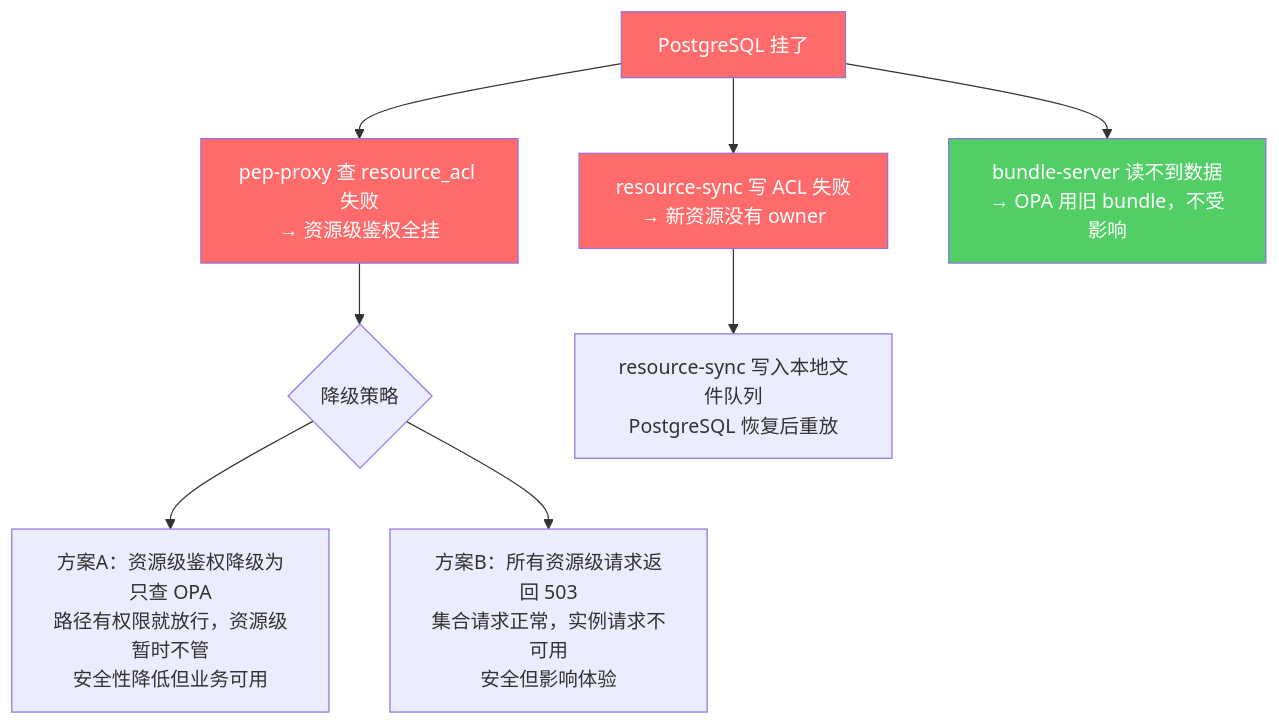
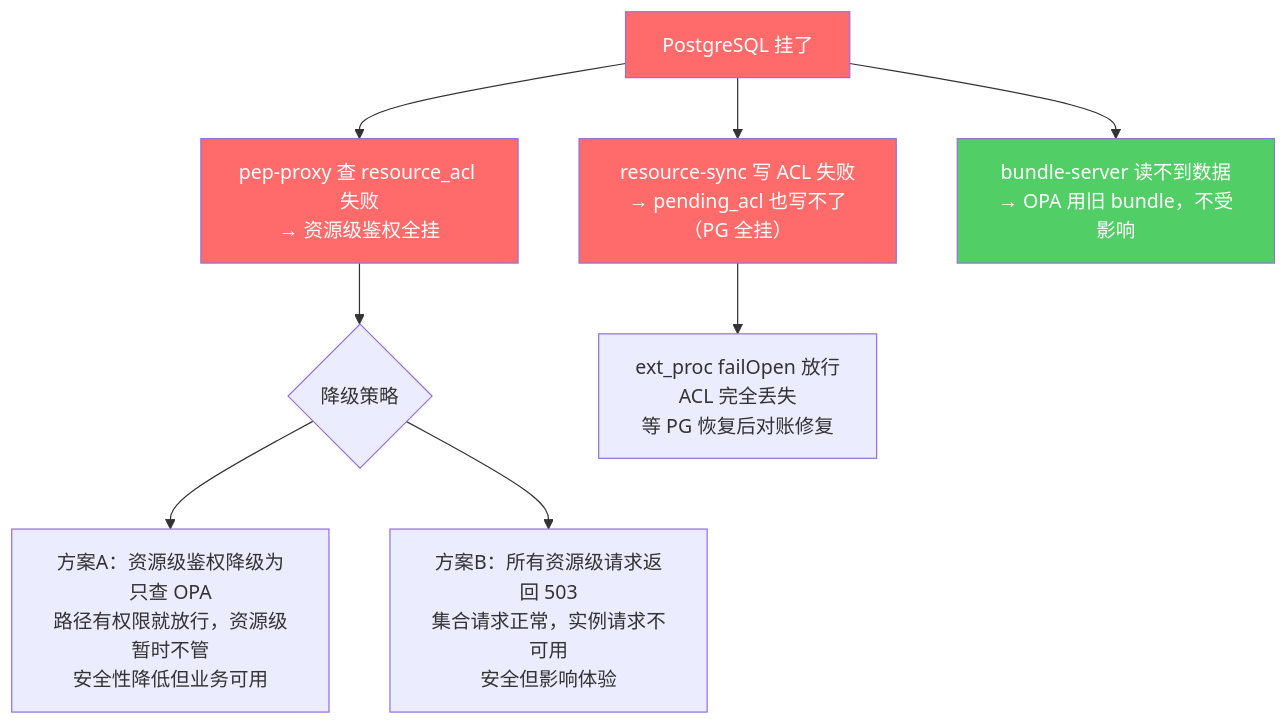
The sixth of 16 diagrams in diagrams/failure-scenarios.md (xiewanchao/aidp-iam), drawn with Mermaid before and after one commit. The commit also changed other lines of this file and 5 other files, not shown here.

````diff
--- a/diagrams/failure-scenarios.md
+++ b/diagrams/failure-scenarios.md
@@ -159,17 +238,17 @@
 ```mermaid
 flowchart TD
-    PG_DOWN[PostgreSQL 挂了] --> IMPACT1[pep-proxy 查 resource_acl 失败<br/>→ 资源级鉴权全挂]
-    PG_DOWN --> IMPACT2[resource-sync 写 ACL 失败<br/>→ 新资源没有 owner]
-    PG_DOWN --> IMPACT3[bundle-server 读不到数据<br/>→ OPA 用旧 bundle，不受影响]
+    PG_DOWN["PostgreSQL 挂了"] --> IMPACT1["pep-proxy 查 resource_acl 失败<br/>→ 资源级鉴权全挂"]
+    PG_DOWN --> IMPACT2["resource-sync 写 ACL 失败<br/>→ pending_acl 也写不了（PG 全挂）"]
+    PG_DOWN --> IMPACT3["bundle-server 读不到数据<br/>→ OPA 用旧 bundle，不受影响"]
 
-    IMPACT1 --> STRATEGY1{降级策略}
-    STRATEGY1 --> OPT1[方案A：资源级鉴权降级为只查 OPA<br/>路径有权限就放行，资源级暂时不管<br/>安全性降低但业务可用]
-    STRATEGY1 --> OPT2[方案B：所有资源级请求返回 503<br/>集合请求正常，实例请求不可用<br/>安全但影响体验]
+    IMPACT1 --> STRATEGY1{"降级策略"}
+    STRATEGY1 --> OPT1["方案A：资源级鉴权降级为只查 OPA<br/>路径有权限就放行，资源级暂时不管<br/>安全性降低但业务可用"]
+    STRATEGY1 --> OPT2["方案B：所有资源级请求返回 503<br/>集合请求正常，实例请求不可用<br/>安全但影响体验"]
 
-    IMPACT2 --> QUEUE[resource-sync 写入本地文件队列<br/>PostgreSQL 恢复后重放]
+    IMPACT2 --> QUEUE["ext_proc failOpen 放行<br/>ACL 完全丢失<br/>等 PG 恢复后对账修复"]
 
     style PG_DOWN fill:#ff6b6b,color:#fff
     style IMPACT1 fill:#ff6b6b,color:#fff
     style IMPACT2 fill:#ff6b6b,color:#fff
     style IMPACT3 fill:#51cf66,color:#fff
 ```
````
